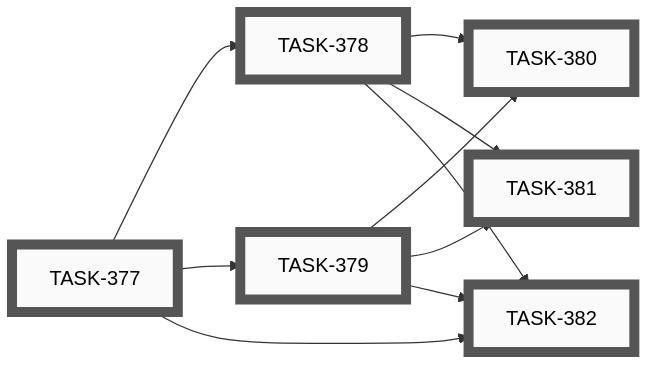
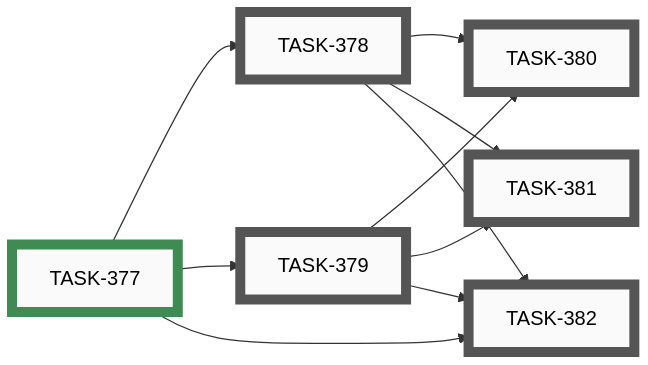
The ninth of 11 diagrams in docs/developers/tasks/EPICS.md (tgd1975/AwesomeGuitarPedal), drawn with Mermaid before and after one commit. The commit also changed other lines of this file and 5 other files, not shown here.

First line of the commit message:
close TASK-377: define v1 standard pin-name set in data/pin-names.schema.json (EPIC-029)

````diff
--- a/docs/developers/tasks/EPICS.md
+++ b/docs/developers/tasks/EPICS.md
@@ -305,32 +305,32 @@
 ```mermaid
 graph LR
-    TASK_377["TASK-377"]:::open
     TASK_378["TASK-378"]:::open
     TASK_379["TASK-379"]:::open
     TASK_380["TASK-380"]:::open
     TASK_381["TASK-381"]:::open
     TASK_382["TASK-382"]:::open
+    TASK_377["TASK-377"]:::closed
     TASK_377 --> TASK_378
     TASK_377 --> TASK_379
     TASK_378 --> TASK_380
     TASK_379 --> TASK_380
     TASK_378 --> TASK_381
     TASK_379 --> TASK_381
     TASK_377 --> TASK_382
     TASK_378 --> TASK_382
     TASK_379 --> TASK_382
-    click TASK_377 "open/task-377-define-v1-standard-pin-name-set.md"
     click TASK_378 "open/task-378-hardware-config-pinnames-mapping.md"
     click TASK_379 "open/task-379-profile-schema-accept-named-pin-references.md"
     click TASK_380 "open/task-380-esp32-resolve-named-pins-at-config-load.md"
     click TASK_381 "open/task-381-configurator-named-pin-ux-autocomplete-validation-warning.md"
     click TASK_382 "open/task-382-named-pins-builder-docs-and-github-addition-process.md"
+    click TASK_377 "closed/task-377-define-v1-standard-pin-name-set.md"
     classDef open    fill:#FAFAFA,stroke:#555,stroke-width:8px,color:#000
     classDef active  fill:#FAFAFA,stroke:#1A6FA8,stroke-width:8px,color:#000
     classDef closed  fill:#FAFAFA,stroke:#3F8B53,stroke-width:8px,color:#000
     classDef paused  fill:#FAFAFA,stroke:#B07810,stroke-width:8px,color:#000
     classDef openExt    fill:#000,stroke:#888,stroke-width:8px,color:#FFF
     classDef activeExt  fill:#000,stroke:#3FA9F5,stroke-width:8px,color:#FFF
     classDef closedExt  fill:#000,stroke:#7CC68A,stroke-width:8px,color:#FFF
     classDef pausedExt  fill:#000,stroke:#F0B030,stroke-width:8px,color:#FFF
 ```
````
